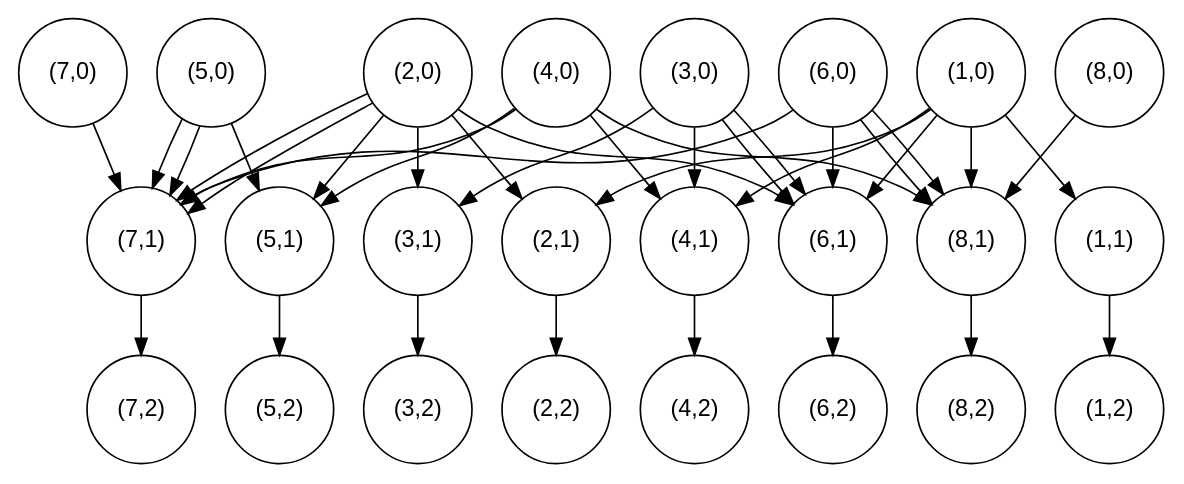
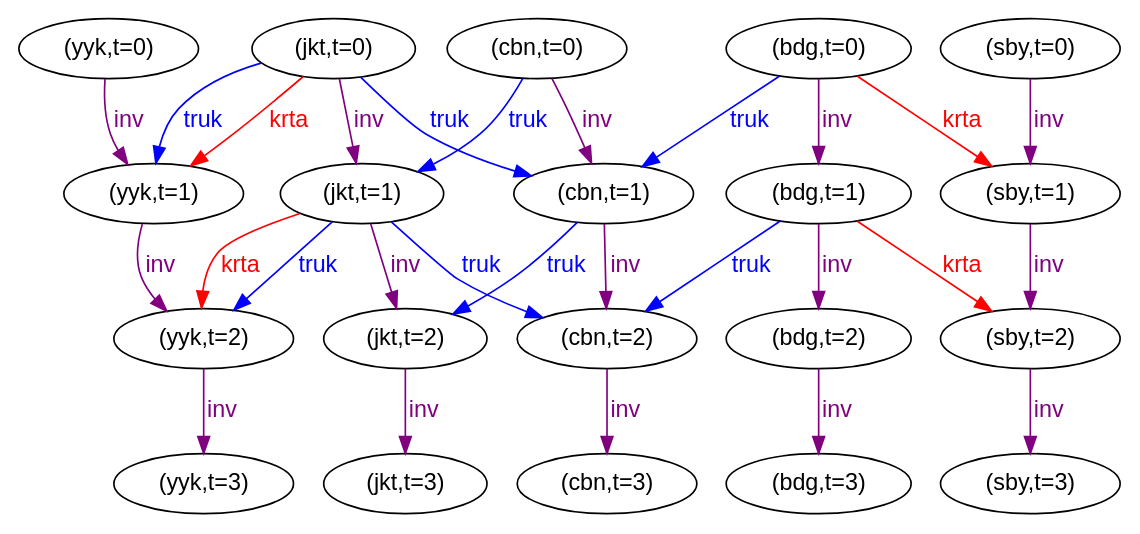
Before and after one commit to kreikrei/tugas-akhir: the diagram in demo/expanded.dot, drawn with Graphviz. The commit also changed 71 other files, not shown here.

```diff
--- a/demo/expanded.dot
+++ b/demo/expanded.dot
@@ -1,62 +1,49 @@
 digraph expanded {
-    "(7,1)" [shape=circle] [fontname="Helvetica"] [pos="7,1!"];
-    "(8,2)" [shape=circle] [fontname="Helvetica"] [pos="8,2!"];
-    "(1,2)" [shape=circle] [fontname="Helvetica"] [pos="1,2!"];
-    "(4,1)" [shape=circle] [fontname="Helvetica"] [pos="4,1!"];
-    "(2,1)" [shape=circle] [fontname="Helvetica"] [pos="2,1!"];
-    "(6,2)" [shape=circle] [fontname="Helvetica"] [pos="6,2!"];
-    "(4,0)" [shape=circle] [fontname="Helvetica"] [pos="4,0!"];
-    "(1,0)" [shape=circle] [fontname="Helvetica"] [pos="1,0!"];
-    "(8,1)" [shape=circle] [fontname="Helvetica"] [pos="8,1!"];
-    "(4,2)" [shape=circle] [fontname="Helvetica"] [pos="4,2!"];
-    "(7,2)" [shape=circle] [fontname="Helvetica"] [pos="7,2!"];
-    "(5,2)" [shape=circle] [fontname="Helvetica"] [pos="5,2!"];
-    "(6,1)" [shape=circle] [fontname="Helvetica"] [pos="6,1!"];
-    "(3,1)" [shape=circle] [fontname="Helvetica"] [pos="3,1!"];
-    "(5,0)" [shape=circle] [fontname="Helvetica"] [pos="5,0!"];
-    "(3,0)" [shape=circle] [fontname="Helvetica"] [pos="3,0!"];
-    "(3,2)" [shape=circle] [fontname="Helvetica"] [pos="3,2!"];
-    "(7,0)" [shape=circle] [fontname="Helvetica"] [pos="7,0!"];
-    "(8,0)" [shape=circle] [fontname="Helvetica"] [pos="8,0!"];
-    "(6,0)" [shape=circle] [fontname="Helvetica"] [pos="6,0!"];
-    "(2,0)" [shape=circle] [fontname="Helvetica"] [pos="2,0!"];
-    "(1,1)" [shape=circle] [fontname="Helvetica"] [pos="1,1!"];
-    "(5,1)" [shape=circle] [fontname="Helvetica"] [pos="5,1!"];
-    "(2,2)" [shape=circle] [fontname="Helvetica"] [pos="2,2!"];
-    "(7,1)" -> "(7,2)" [fontname="Helvetica"];
-    "(4,1)" -> "(4,2)" [fontname="Helvetica"];
-    "(2,1)" -> "(2,2)" [fontname="Helvetica"];
-    "(4,0)" -> "(8,1)" [fontname="Helvetica"];
-    "(4,0)" -> "(4,1)" [fontname="Helvetica"];
-    "(4,0)" -> "(5,1)" [fontname="Helvetica"];
-    "(4,0)" -> "(7,1)" [fontname="Helvetica"];
-    "(1,0)" -> "(8,1)" [fontname="Helvetica"];
-    "(1,0)" -> "(4,1)" [fontname="Helvetica"];
-    "(1,0)" -> "(1,1)" [fontname="Helvetica"];
-    "(1,0)" -> "(2,1)" [fontname="Helvetica"];
-    "(1,0)" -> "(6,1)" [fontname="Helvetica"];
-    "(8,1)" -> "(8,2)" [fontname="Helvetica"];
-    "(6,1)" -> "(6,2)" [fontname="Helvetica"];
-    "(3,1)" -> "(3,2)" [fontname="Helvetica"];
-    "(5,0)" -> "(5,1)" [fontname="Helvetica"];
-    "(5,0)" -> "(7,1)" [fontname="Helvetica"];
-    "(5,0)" -> "(7,1)" [fontname="Helvetica"];
-    "(3,0)" -> "(3,1)" [fontname="Helvetica"];
-    "(3,0)" -> "(4,1)" [fontname="Helvetica"];
-    "(3,0)" -> "(6,1)" [fontname="Helvetica"];
-    "(3,0)" -> "(6,1)" [fontname="Helvetica"];
-    "(7,0)" -> "(7,1)" [fontname="Helvetica"];
-    "(8,0)" -> "(8,1)" [fontname="Helvetica"];
-    "(6,0)" -> "(8,1)" [fontname="Helvetica"];
-    "(6,0)" -> "(8,1)" [fontname="Helvetica"];
-    "(6,0)" -> "(6,1)" [fontname="Helvetica"];
-    "(6,0)" -> "(7,1)" [fontname="Helvetica"];
-    "(2,0)" -> "(3,1)" [fontname="Helvetica"];
-    "(2,0)" -> "(2,1)" [fontname="Helvetica"];
-    "(2,0)" -> "(5,1)" [fontname="Helvetica"];
-    "(2,0)" -> "(6,1)" [fontname="Helvetica"];
-    "(2,0)" -> "(7,1)" [fontname="Helvetica"];
-    "(2,0)" -> "(7,1)" [fontname="Helvetica"];
-    "(1,1)" -> "(1,2)" [fontname="Helvetica"];
-    "(5,1)" -> "(5,2)" [fontname="Helvetica"];
+    "(yyk,t=0)" [fontname="Helvetica"] [pos="yyk,0!"];
+    "(yyk,t=3)" [fontname="Helvetica"] [pos="yyk,3!"];
+    "(cbn,t=2)" [fontname="Helvetica"] [pos="cbn,2!"];
+    "(cbn,t=1)" [fontname="Helvetica"] [pos="cbn,1!"];
+    "(jkt,t=3)" [fontname="Helvetica"] [pos="jkt,3!"];
+    "(bdg,t=3)" [fontname="Helvetica"] [pos="bdg,3!"];
+    "(cbn,t=0)" [fontname="Helvetica"] [pos="cbn,0!"];
+    "(sby,t=3)" [fontname="Helvetica"] [pos="sby,3!"];
+    "(cbn,t=3)" [fontname="Helvetica"] [pos="cbn,3!"];
+    "(sby,t=1)" [fontname="Helvetica"] [pos="sby,1!"];
+    "(bdg,t=2)" [fontname="Helvetica"] [pos="bdg,2!"];
+    "(yyk,t=1)" [fontname="Helvetica"] [pos="yyk,1!"];
+    "(jkt,t=1)" [fontname="Helvetica"] [pos="jkt,1!"];
+    "(jkt,t=0)" [fontname="Helvetica"] [pos="jkt,0!"];
+    "(sby,t=2)" [fontname="Helvetica"] [pos="sby,2!"];
+    "(yyk,t=2)" [fontname="Helvetica"] [pos="yyk,2!"];
+    "(bdg,t=0)" [fontname="Helvetica"] [pos="bdg,0!"];
+    "(jkt,t=2)" [fontname="Helvetica"] [pos="jkt,2!"];
+    "(bdg,t=1)" [fontname="Helvetica"] [pos="bdg,1!"];
+    "(sby,t=0)" [fontname="Helvetica"] [pos="sby,0!"];
+    "(yyk,t=0)" -> "(yyk,t=1)" [fontname="Helvetica"] [label=inv] [fontcolor=purple] [color=purple];
+    "(cbn,t=2)" -> "(cbn,t=3)" [fontname="Helvetica"] [label=inv] [fontcolor=purple] [color=purple];
+    "(cbn,t=1)" -> "(cbn,t=2)" [fontname="Helvetica"] [label=inv] [fontcolor=purple] [color=purple];
+    "(cbn,t=1)" -> "(jkt,t=2)" [fontname="Helvetica"] [label=truk] [fontcolor=blue] [color=blue];
+    "(cbn,t=0)" -> "(jkt,t=1)" [fontname="Helvetica"] [label=truk] [fontcolor=blue] [color=blue];
+    "(cbn,t=0)" -> "(cbn,t=1)" [fontname="Helvetica"] [label=inv] [fontcolor=purple] [color=purple];
+    "(sby,t=1)" -> "(sby,t=2)" [fontname="Helvetica"] [label=inv] [fontcolor=purple] [color=purple];
+    "(bdg,t=2)" -> "(bdg,t=3)" [fontname="Helvetica"] [label=inv] [fontcolor=purple] [color=purple];
+    "(yyk,t=1)" -> "(yyk,t=2)" [fontname="Helvetica"] [label=inv] [fontcolor=purple] [color=purple];
+    "(jkt,t=1)" -> "(cbn,t=2)" [fontname="Helvetica"] [label=truk] [fontcolor=blue] [color=blue];
+    "(jkt,t=1)" -> "(yyk,t=2)" [fontname="Helvetica"] [label=krta] [fontcolor=red] [color=red];
+    "(jkt,t=1)" -> "(yyk,t=2)" [fontname="Helvetica"] [label=truk] [fontcolor=blue] [color=blue];
+    "(jkt,t=1)" -> "(jkt,t=2)" [fontname="Helvetica"] [label=inv] [fontcolor=purple] [color=purple];
+    "(jkt,t=0)" -> "(yyk,t=1)" [fontname="Helvetica"] [label=krta] [fontcolor=red] [color=red];
+    "(jkt,t=0)" -> "(yyk,t=1)" [fontname="Helvetica"] [label=truk] [fontcolor=blue] [color=blue];
+    "(jkt,t=0)" -> "(jkt,t=1)" [fontname="Helvetica"] [label=inv] [fontcolor=purple] [color=purple];
+    "(jkt,t=0)" -> "(cbn,t=1)" [fontname="Helvetica"] [label=truk] [fontcolor=blue] [color=blue];
+    "(sby,t=2)" -> "(sby,t=3)" [fontname="Helvetica"] [label=inv] [fontcolor=purple] [color=purple];
+    "(yyk,t=2)" -> "(yyk,t=3)" [fontname="Helvetica"] [label=inv] [fontcolor=purple] [color=purple];
+    "(bdg,t=0)" -> "(sby,t=1)" [fontname="Helvetica"] [label=krta] [fontcolor=red] [color=red];
+    "(bdg,t=0)" -> "(bdg,t=1)" [fontname="Helvetica"] [label=inv] [fontcolor=purple] [color=purple];
+    "(bdg,t=0)" -> "(cbn,t=1)" [fontname="Helvetica"] [label=truk] [fontcolor=blue] [color=blue];
+    "(jkt,t=2)" -> "(jkt,t=3)" [fontname="Helvetica"] [label=inv] [fontcolor=purple] [color=purple];
+    "(bdg,t=1)" -> "(bdg,t=2)" [fontname="Helvetica"] [label=inv] [fontcolor=purple] [color=purple];
+    "(bdg,t=1)" -> "(cbn,t=2)" [fontname="Helvetica"] [label=truk] [fontcolor=blue] [color=blue];
+    "(bdg,t=1)" -> "(sby,t=2)" [fontname="Helvetica"] [label=krta] [fontcolor=red] [color=red];
+    "(sby,t=0)" -> "(sby,t=1)" [fontname="Helvetica"] [label=inv] [fontcolor=purple] [color=purple];
 }
```
